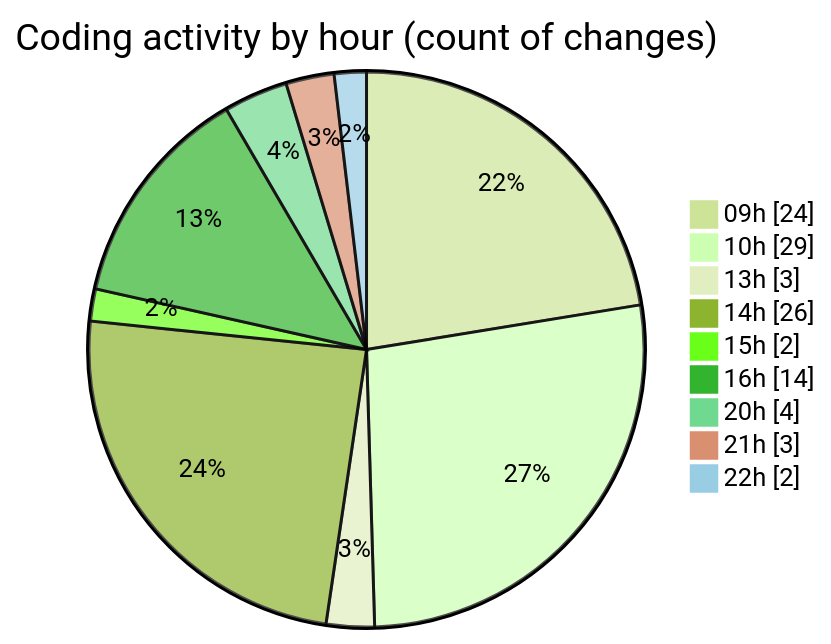
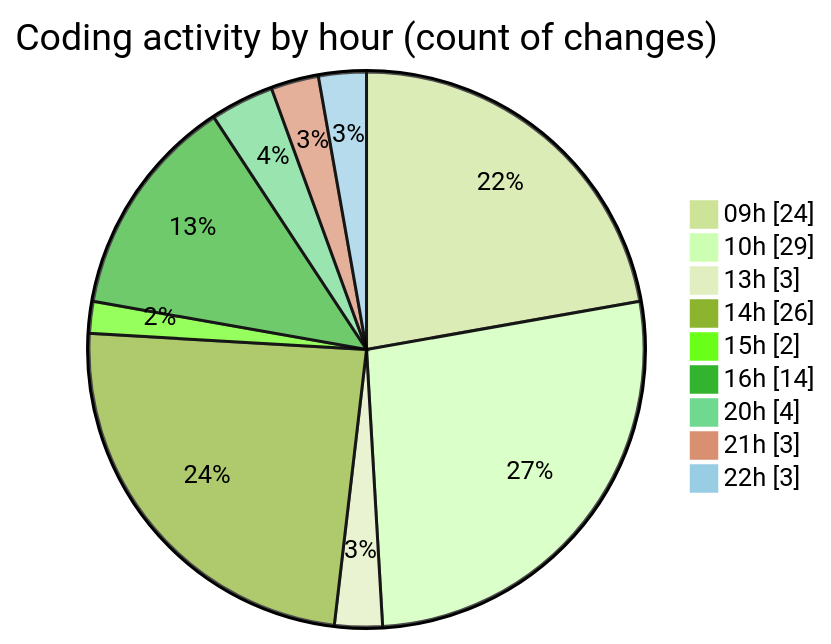
One commit to MatusMokan/code-tracking changed the second of 2 diagrams in 2025-05-08/myws__workspace_/README.md. Above: the diagram before and after it, drawn with Mermaid (forest theme). The commit also changed other lines of this file and 1 other file, not shown here.

````diff
--- a/2025-05-08/myws__workspace_/README.md
+++ b/2025-05-08/myws__workspace_/README.md
@@ -32,13 +32,13 @@
 ```mermaid
 pie showData
 title Coding activity by hour (count of changes)
 "09h" : 24
 "10h" : 29
 "13h" : 3
 "14h" : 26
 "15h" : 2
 "16h" : 14
 "20h" : 4
 "21h" : 3
-"22h" : 2
+"22h" : 3
 ```
````
